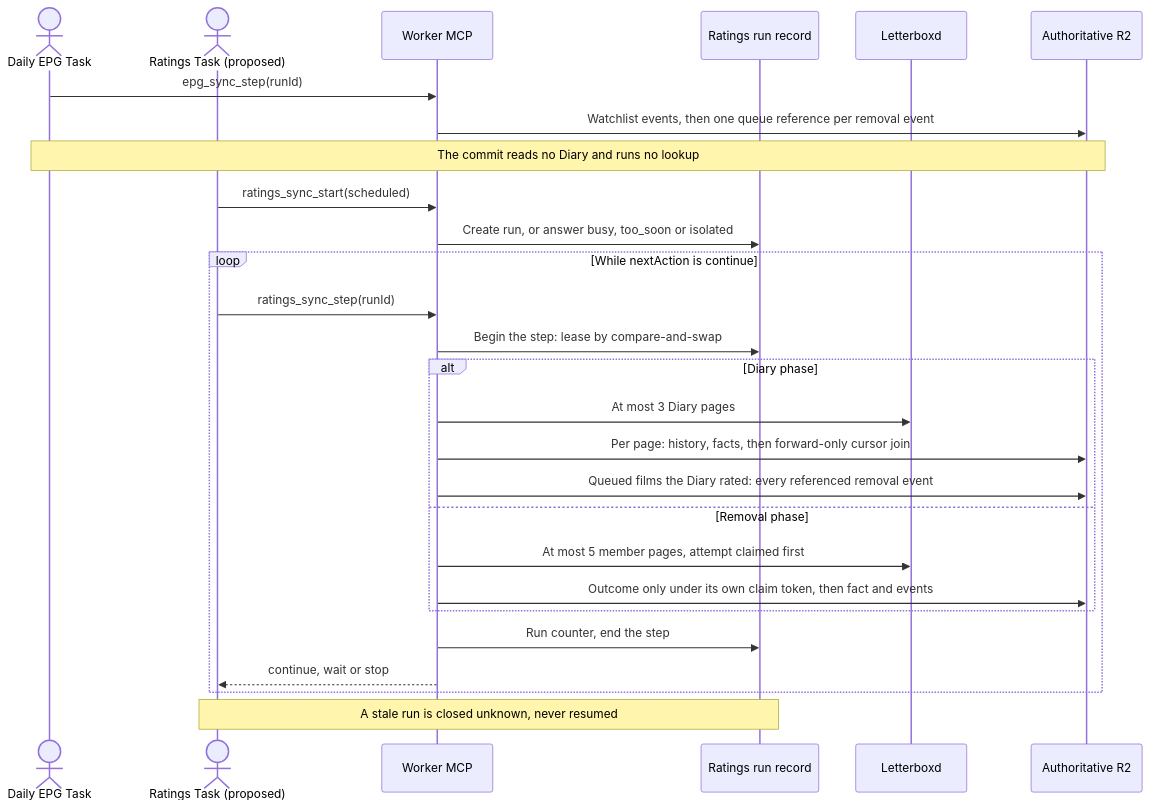
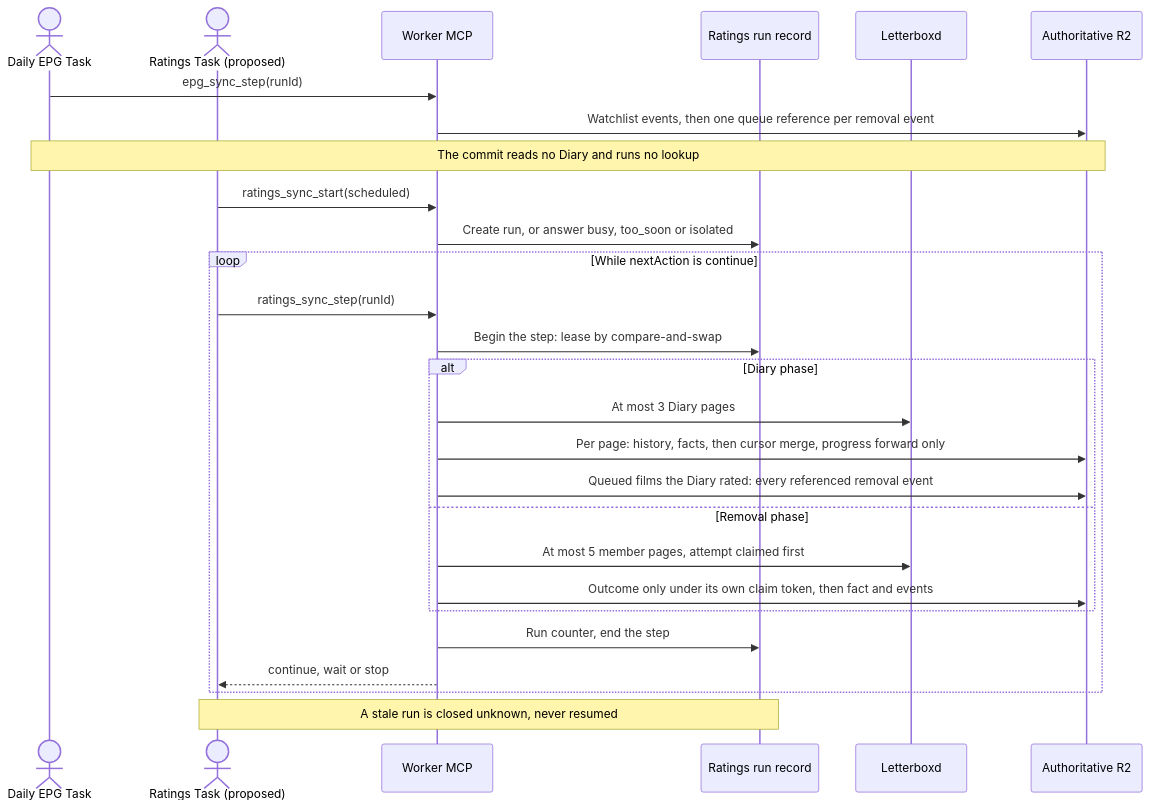
One commit to vladimino/iptv-watchlist changed the second of 3 diagrams in docs/architecture/scheduling-and-orchestration.md. Above: the diagram before and after it, drawn with Mermaid. The commit also changed other lines of this file and 4 other files, not shown here.

Commit message:
AIR-296: document the explicit storage migration and the cursor merge in the flag register, MCP reference, Diary docs and diagram

````diff
--- a/docs/architecture/scheduling-and-orchestration.md
+++ b/docs/architecture/scheduling-and-orchestration.md
@@ -105,29 +105,29 @@
 ```mermaid
 sequenceDiagram
     actor Daily as Daily EPG Task
     actor Ratings as Ratings Task (proposed)
     participant MCP as Worker MCP
     participant Run as Ratings run record
     participant LB as Letterboxd
     participant R2 as Authoritative R2
     Daily->>MCP: epg_sync_step(runId)
     MCP->>R2: Watchlist events, then one queue reference per removal event
     Note over Daily,R2: The commit reads no Diary and runs no lookup
     Ratings->>MCP: ratings_sync_start(scheduled)
     MCP->>Run: Create run, or answer busy, too_soon or isolated
     loop While nextAction is continue
         Ratings->>MCP: ratings_sync_step(runId)
         MCP->>Run: Begin the step: lease by compare-and-swap
         alt Diary phase
             MCP->>LB: At most 3 Diary pages
-            MCP->>R2: Per page: history, facts, then forward-only cursor join
+            MCP->>R2: Per page: history, facts, then cursor merge, progress forward only
             MCP->>R2: Queued films the Diary rated: every referenced removal event
         else Removal phase
             MCP->>LB: At most 5 member pages, attempt claimed first
             MCP->>R2: Outcome only under its own claim token, then fact and events
         end
         MCP->>Run: Run counter, end the step
         MCP-->>Ratings: continue, wait or stop
     end
     Note over Ratings,Run: A stale run is closed unknown, never resumed
 ```
````
